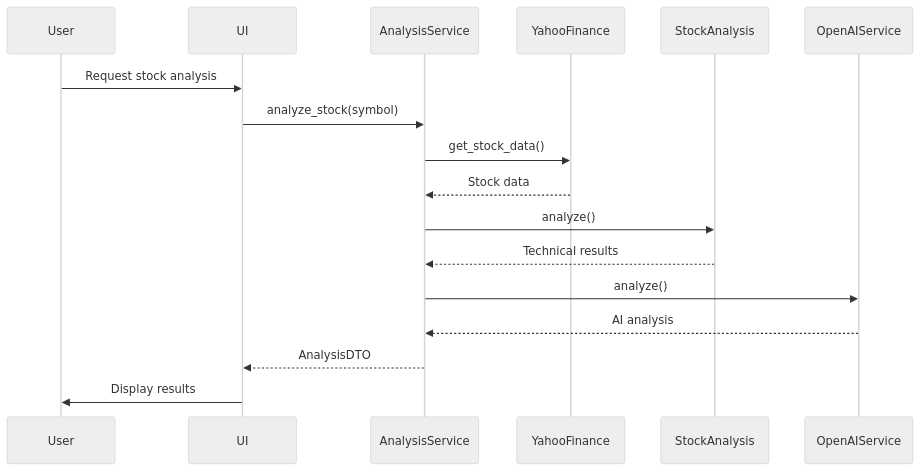
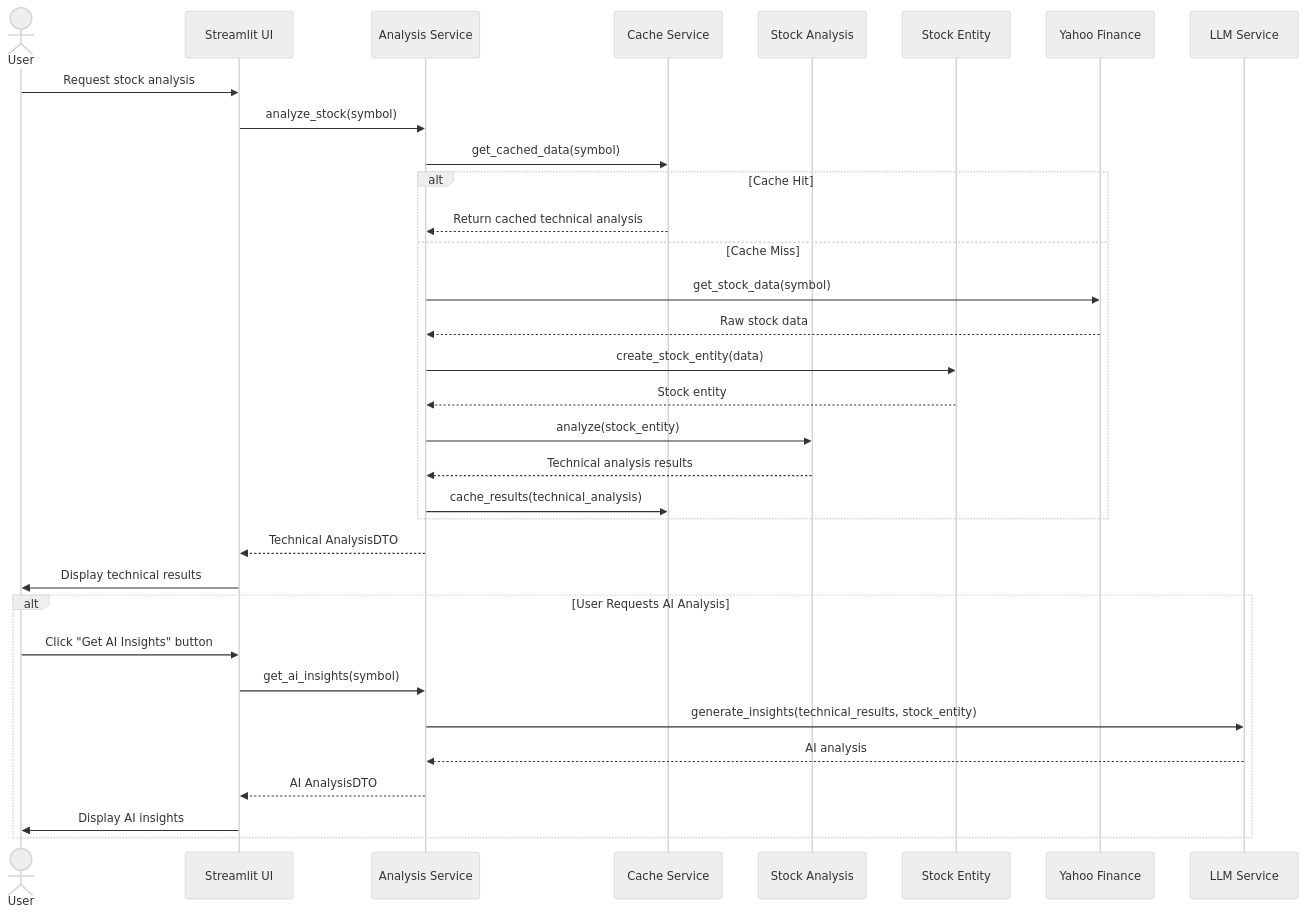
The second of 3 diagrams in system_design.md (ivan199701/Stock-Analysis-Dashboard-with-LLM), drawn with Mermaid (neutral theme) before and after one commit. The commit also changed other lines of this file, not shown here.

Commit message:
modify system design

````diff
--- a/system_design.md
+++ b/system_design.md
@@ -88,13 +88,40 @@
 ```mermaid
 sequenceDiagram
+    actor User
+    participant UI as Streamlit UI
+    participant AS as Analysis Service
+    participant CS as Cache Service
+    participant SA as Stock Analysis
+    participant SE as Stock Entity
+    participant YF as Yahoo Finance
+    participant OAI as LLM Service
+
     User->>UI: Request stock analysis
-    UI->>AnalysisService: analyze_stock(symbol)
-    AnalysisService->>YahooFinance: get_stock_data()
-    YahooFinance-->>AnalysisService: Stock data
-    AnalysisService->>StockAnalysis: analyze()
-    StockAnalysis-->>AnalysisService: Technical results
-    AnalysisService->>OpenAIService: analyze()
-    OpenAIService-->>AnalysisService: AI analysis
-    AnalysisService-->>UI: AnalysisDTO
-    UI->>User: Display results
+    UI->>AS: analyze_stock(symbol)
+    
+    AS->>CS: get_cached_data(symbol)
+    alt Cache Hit
+        CS-->>AS: Return cached technical analysis
+    else Cache Miss
+        AS->>YF: get_stock_data(symbol)
+        YF-->>AS: Raw stock data
+        AS->>SE: create_stock_entity(data)
+        SE-->>AS: Stock entity
+        AS->>SA: analyze(stock_entity)
+        SA-->>AS: Technical analysis results
+        AS->>CS: cache_results(technical_analysis)
+    end
+    
+    AS-->>UI: Technical AnalysisDTO
+    UI->>User: Display technical results
+
+    alt User Requests AI Analysis
+        User->>UI: Click "Get AI Insights" button
+        UI->>AS: get_ai_insights(symbol)
+        AS->>OAI: generate_insights(technical_results, stock_entity)
+        OAI-->>AS: AI analysis
+        AS-->>UI: AI AnalysisDTO
+        UI->>User: Display AI insights
+    end
+
 ```
````
